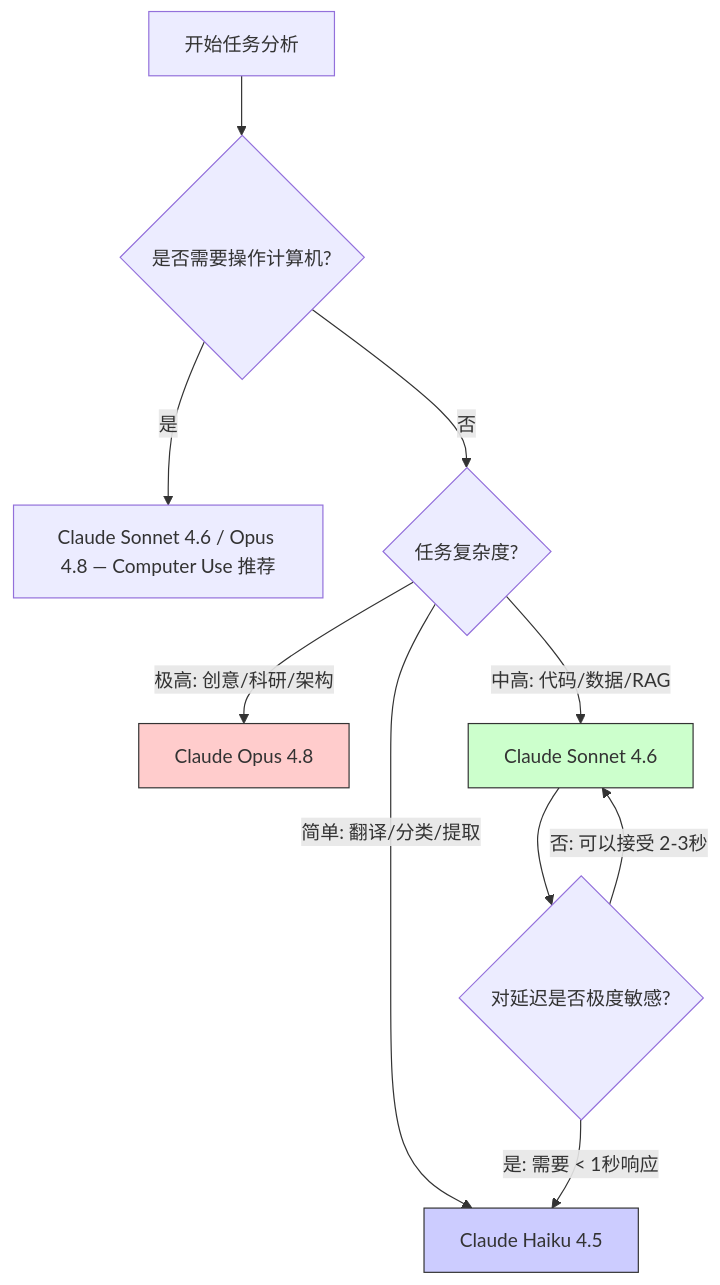
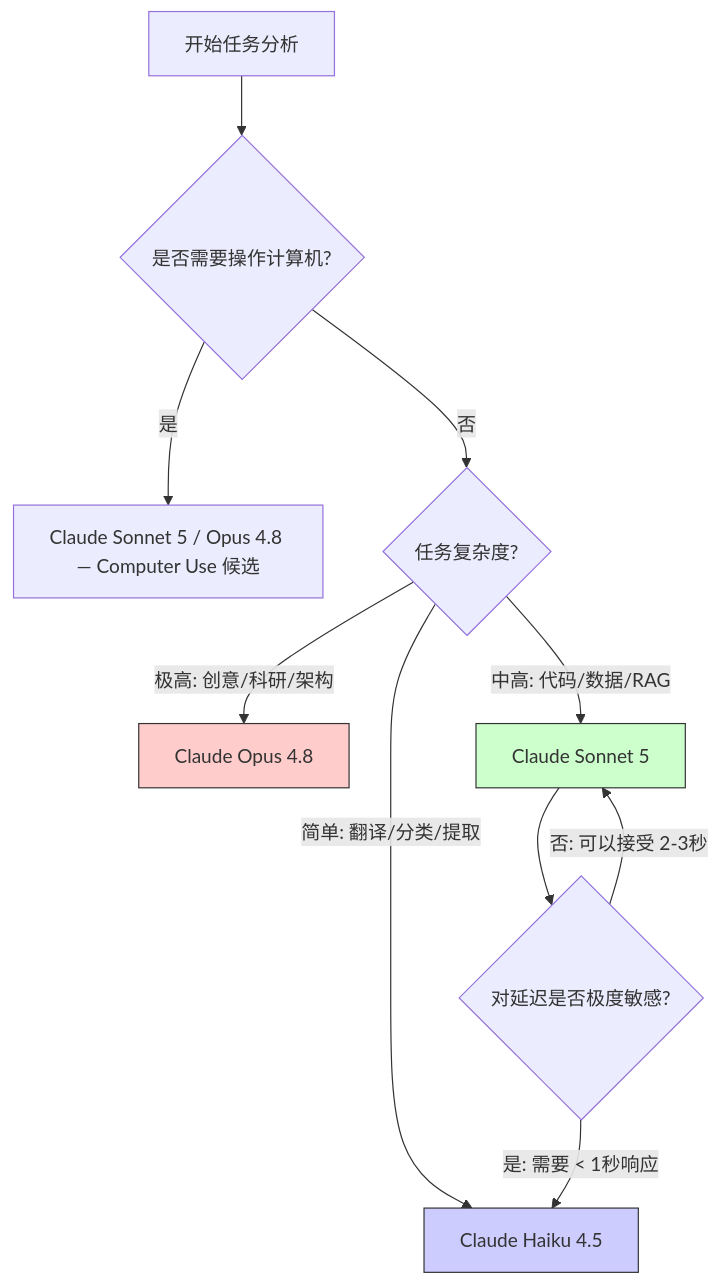
One commit to yeasy/claude_guide changed the first of 2 diagrams in 01_intro/1.4_model_selection.md. Above: the diagram before and after it, drawn with Mermaid. The commit also changed other lines of this file and 9 other files, not shown here.

````diff
--- a/01_intro/1.4_model_selection.md
+++ b/01_intro/1.4_model_selection.md
@@ -17,18 +17,18 @@
 ```mermaid
 graph TD
     Start["开始任务分析"] --> Q1{"是否需要操作计算机?"}
-    Q1 -- "是" --> OpCS["Claude Sonnet 4.6 / Opus 4.8 — Computer Use 推荐"]
+    Q1 -- "是" --> OpCS["Claude Sonnet 5 / Opus 4.8 — Computer Use 候选"]
     Q1 -- "否" --> Q2{"任务复杂度?"}
 
     Q2 -- "极高: 创意/科研/架构" --> Opus["Claude Opus 4.8"]
-    Q2 -- "中高: 代码/数据/RAG" --> Sonnet["Claude Sonnet 4.6"]
+    Q2 -- "中高: 代码/数据/RAG" --> Sonnet["Claude Sonnet 5"]
     Q2 -- "简单: 翻译/分类/提取" --> Haiku["Claude Haiku 4.5"]
 
     Sonnet --> Q3{"对延迟是否极度敏感?"}
     Q3 -- "是: 需要 < 1秒响应" --> Haiku
     Q3 -- "否: 可以接受 2-3秒" --> Sonnet
 
     style Opus fill:#ffcccc,stroke:#333
     style Sonnet fill:#ccffcc,stroke:#333
     style Haiku fill:#ccccff,stroke:#333
 ```
````
